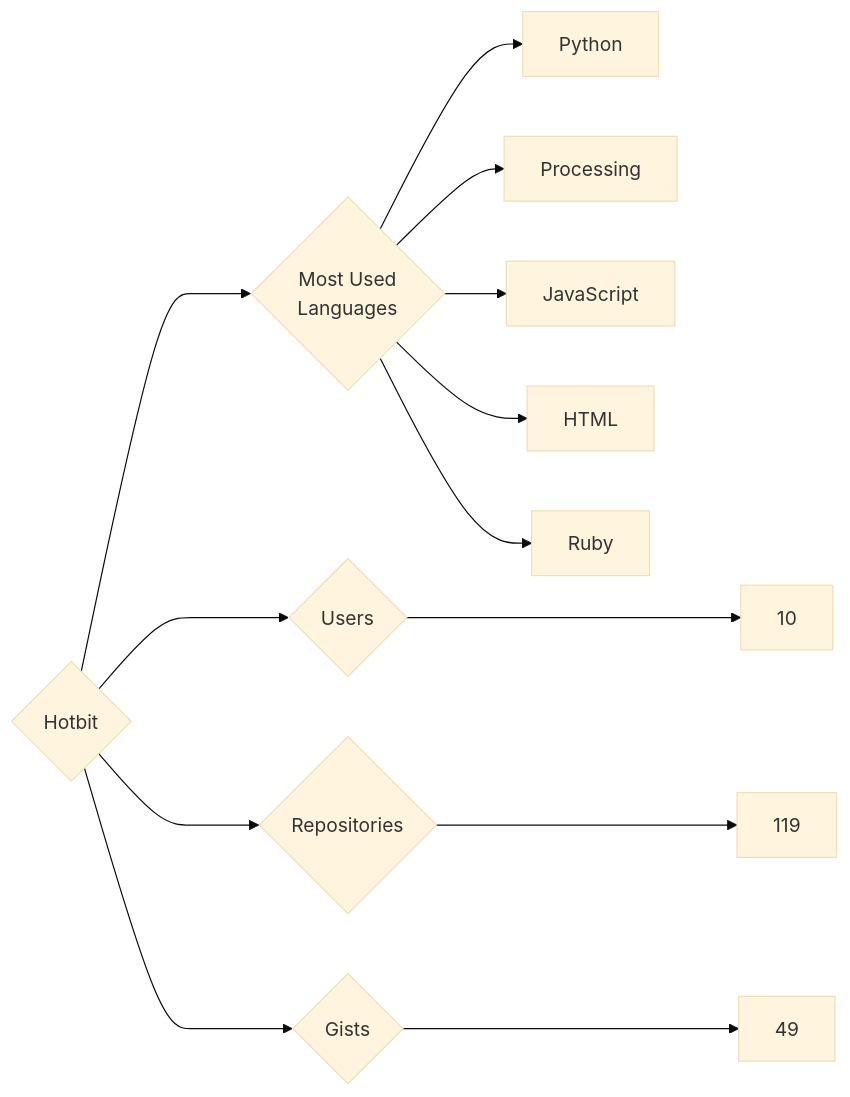
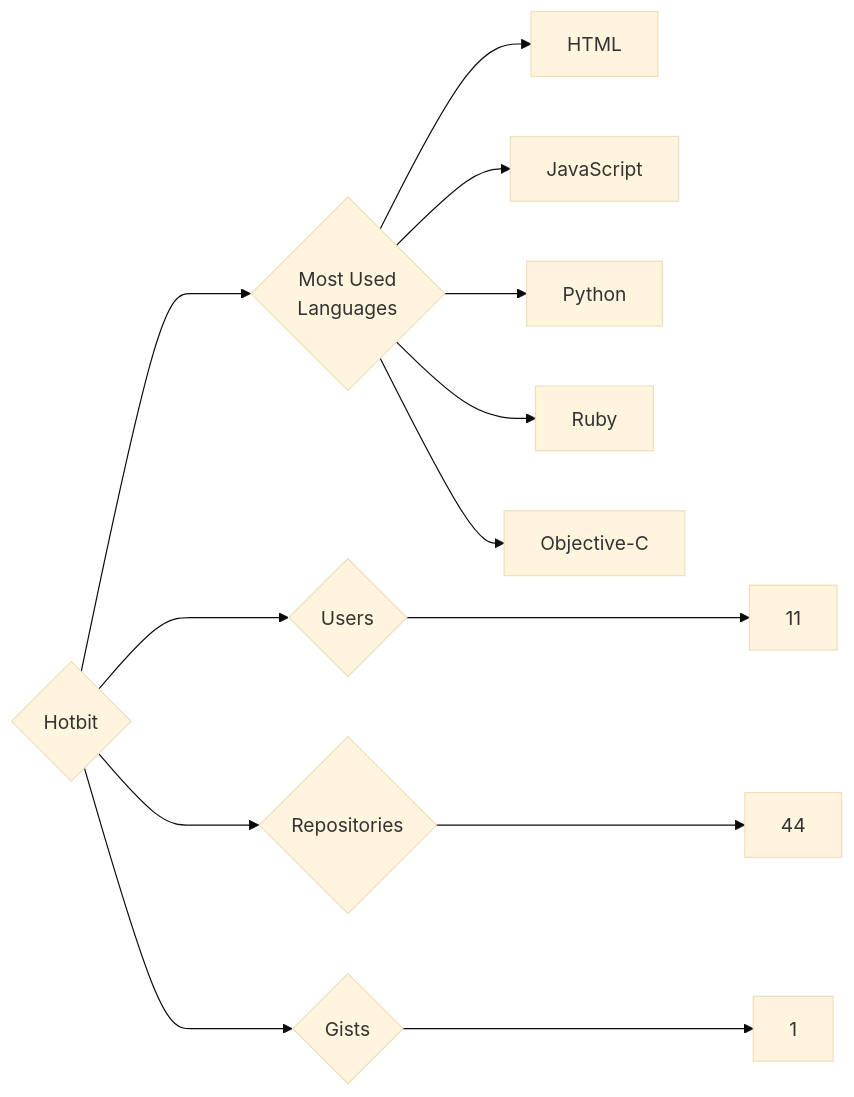
One commit to trickest/insiders changed the diagram in targets/Hotbit/README.md. Above: the diagram before and after it, drawn with Mermaid (base theme). The commit also changed 865 other files, not shown here.

````diff
--- a/targets/Hotbit/README.md
+++ b/targets/Hotbit/README.md
@@ -3,13 +3,13 @@
 ```mermaid
 graph LR
 COMPANY_NAME{Hotbit}
-COMPANY_NAME ---> U{Users} ---> UN[10]
-COMPANY_NAME ---> R{Repositories} ---> RN[119]
-COMPANY_NAME ---> G{Gists} ---> GN[49]
+COMPANY_NAME ---> U{Users} ---> UN[11]
+COMPANY_NAME ---> R{Repositories} ---> RN[44]
+COMPANY_NAME ---> G{Gists} ---> GN[1]
 COMPANY_NAME ---> ML{Most Used<br>Languages}
+ML --> HTML[HTML]
+ML --> JavaScript[JavaScript]
 ML --> Python[Python]
-ML --> Processing[Processing]
-ML --> JavaScript[JavaScript]
-ML --> HTML[HTML]
 ML --> Ruby[Ruby]
+ML --> Objective-C[Objective-C]
 ```
````
